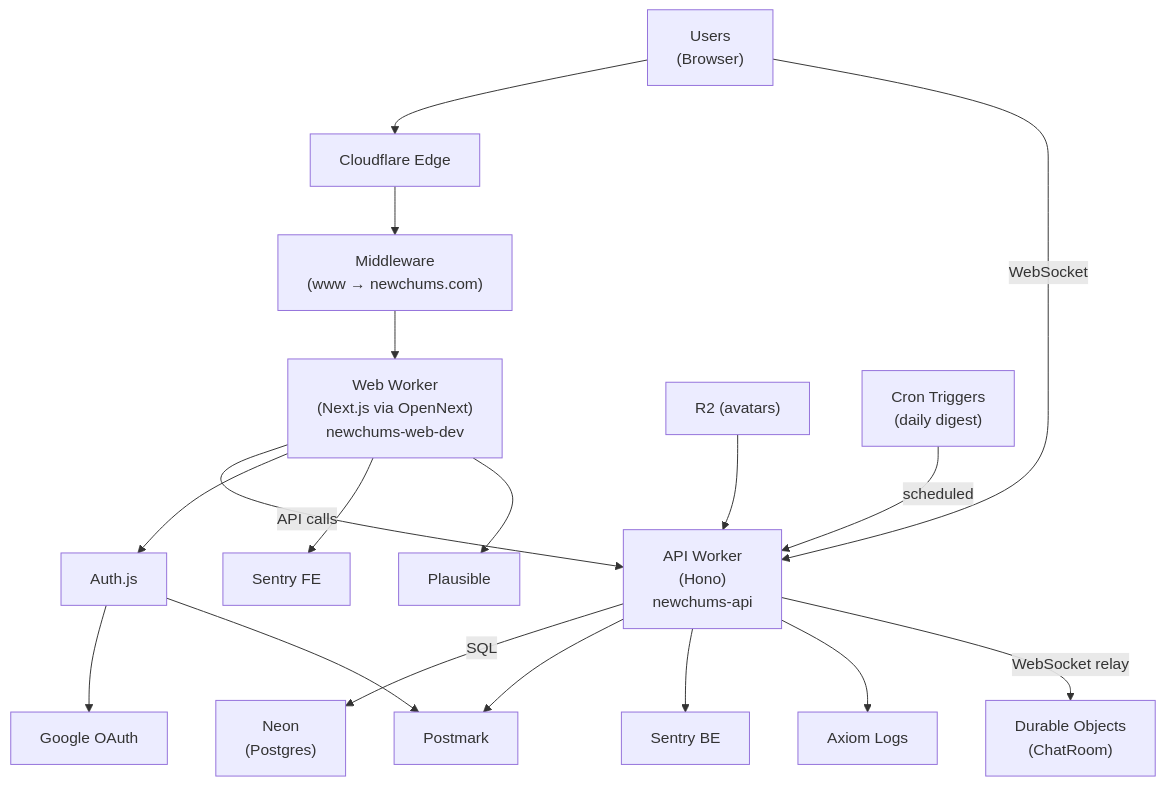
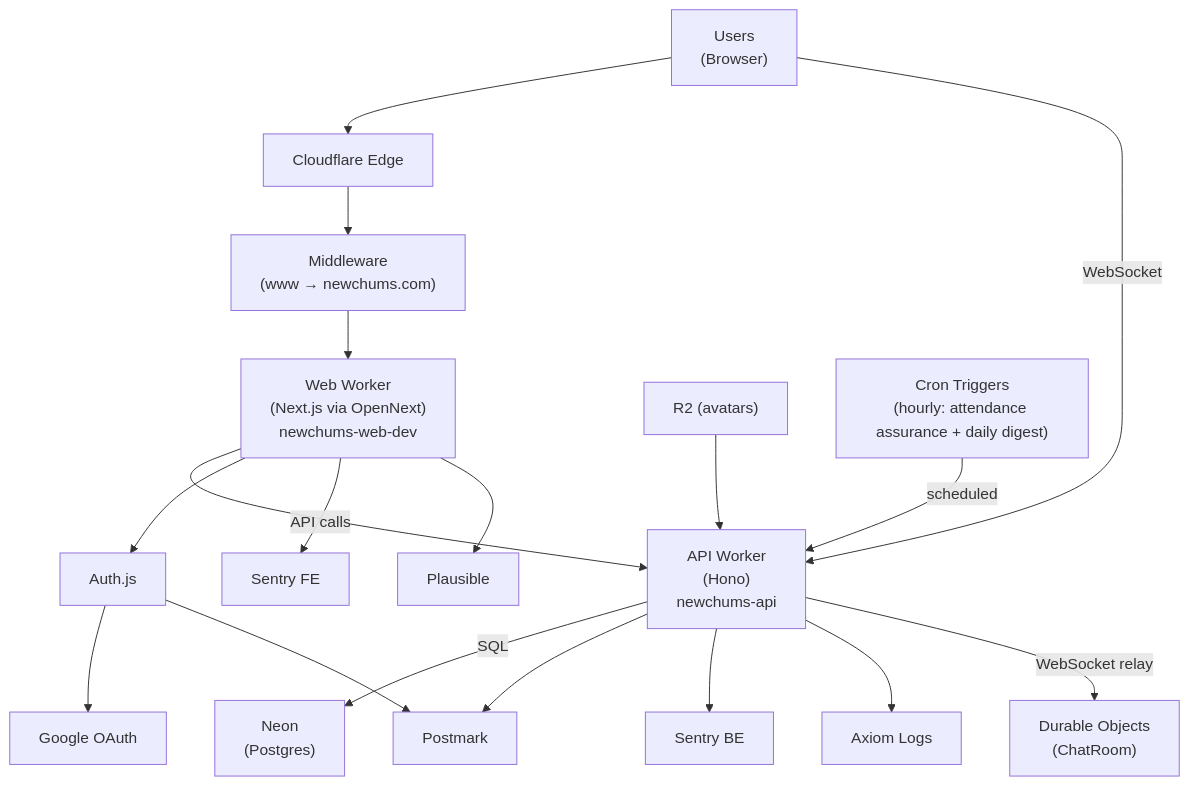
One commit to RSS705/newchums changed the fourth of 4 diagrams in docs/System_Map.md. Above: the diagram before and after it, drawn with Mermaid. The commit also changed other lines of this file and 11 other files, not shown here.

````diff
--- a/docs/System_Map.md
+++ b/docs/System_Map.md
@@ -244,25 +246,25 @@
 ```mermaid
 flowchart TB
   U["Users<br/>(Browser)"] --> CF["Cloudflare Edge"]
   CF --> MW["Middleware<br/>(www → newchums.com)"]
   MW --> W["Web Worker<br/>(Next.js via OpenNext)<br/>newchums-web-dev"]
 
   W -->|"API calls"| API["API Worker<br/>(Hono)<br/>newchums-api"]
   API -->|"SQL"| DB["Neon<br/>(Postgres)"]
 
   W --> AUTH["Auth.js"]
   AUTH --> GOOGLE["Google OAuth"]
   AUTH --> PM["Postmark"]
 
   API --> PM
 
   W --> SENTRY_FE["Sentry FE"]
   API --> SENTRY_BE["Sentry BE"]
   API --> AX["Axiom Logs"]
   W --> PLAUS["Plausible"]
 
   R2["R2 (avatars)"] --> API
   API -->|"WebSocket relay"| DO["Durable Objects<br/>(ChatRoom)"]
   U -->|"WebSocket"| API
-  CRON["Cron Triggers<br/>(daily digest)"] -->|"scheduled"| API
+  CRON["Cron Triggers<br/>(hourly: attendance assurance + daily digest)"] -->|"scheduled"| API
 ```
````
